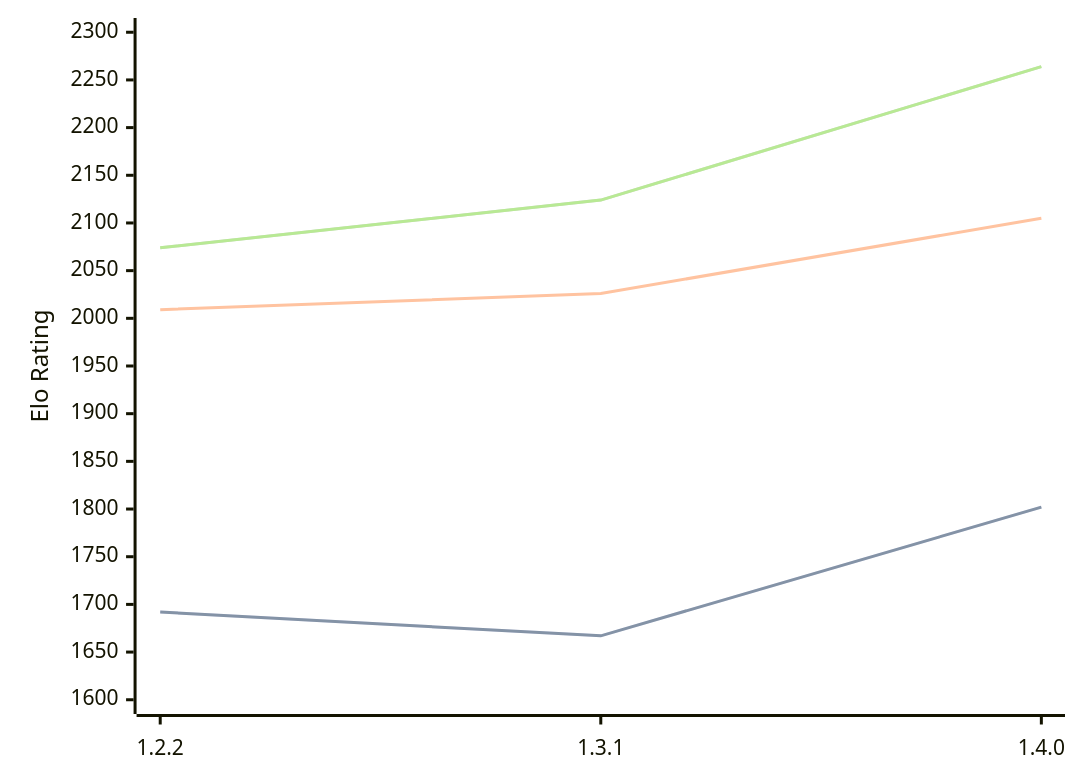
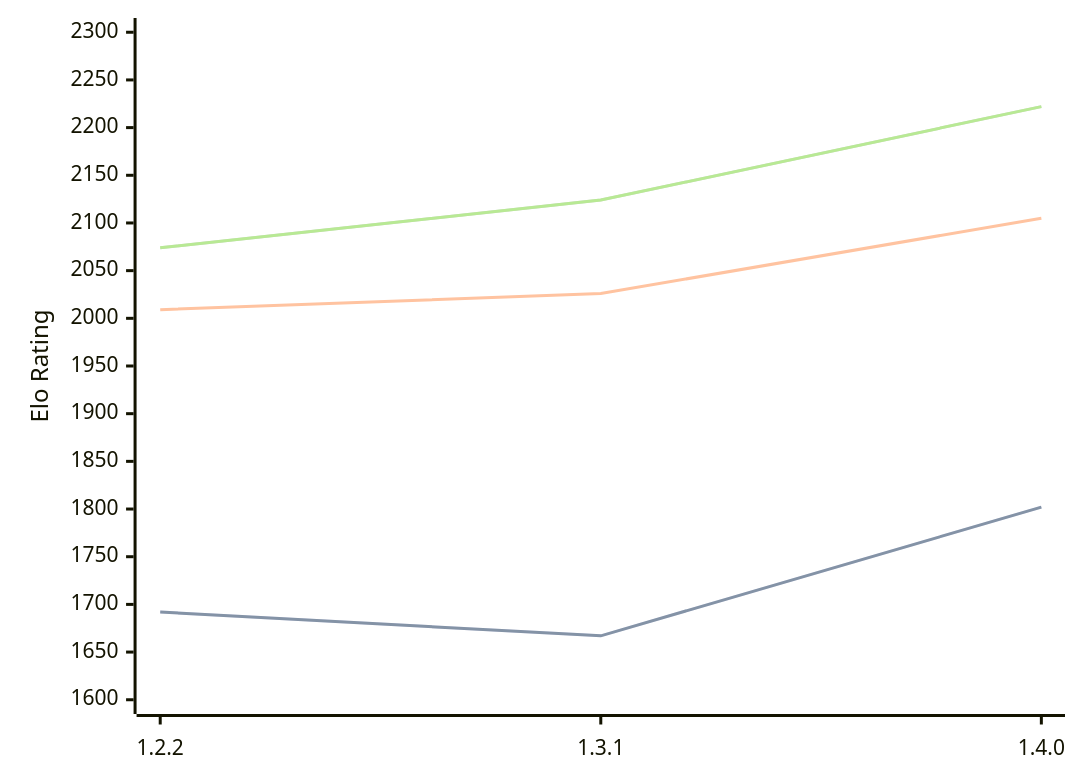
One commit to computer-chess-index/cci changed the diagram in engines/SoloEngine.md. Above: the diagram before and after it, drawn with Mermaid. The commit also changed other lines of this file, not shown here.

Commit message:
Update CCI Ratings (ELO VLTC) - 2026-02-23

````diff
--- a/engines/SoloEngine.md
+++ b/engines/SoloEngine.md
@@ -30,11 +30,11 @@
 ```mermaid
 %%{init: {"theme":"base","themeVariables":{"seriesColors:['#a3a3a3','#222221','#faa371']}}}%%
 xychart-beta
   x-axis ["1.2.2", "1.3.1", "1.4.0"]
   y-axis "Elo Rating" 1600 --> 2300
   line "STC (8.0+0.08s)" [1692, 1667, 1802]
   line "STC (8.0+0.08s)" [1692, 1667, 1802]
   line "LTC (60.0+0.60s)" [2009, 2026, 2105]
-  line "VLTC (2m24s+1.12s)" [2074, 2124, 2264]
-  line "VLTC (2m24s+1.12s)" [2074, 2124, 2264]
+  line "VLTC (2m24s+1.12s)" [2074, 2124, 2222]
+  line "VLTC (2m24s+1.12s)" [2074, 2124, 2222]
 ```
````
